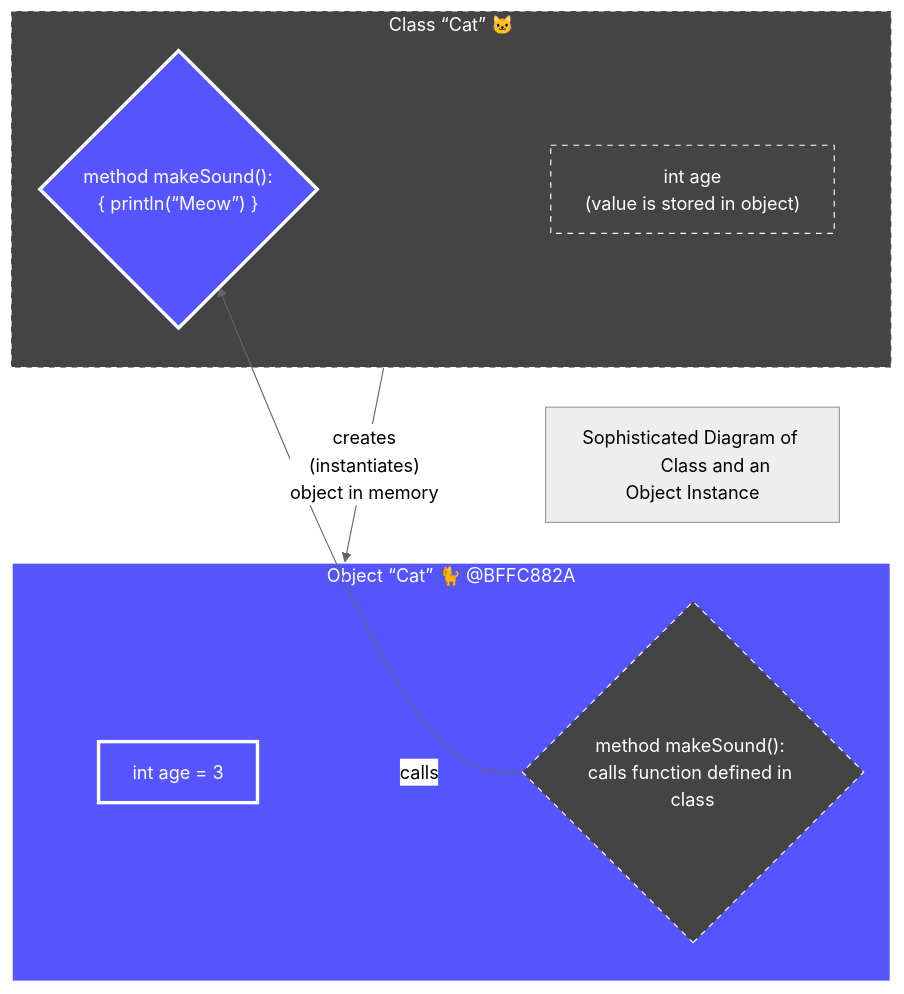
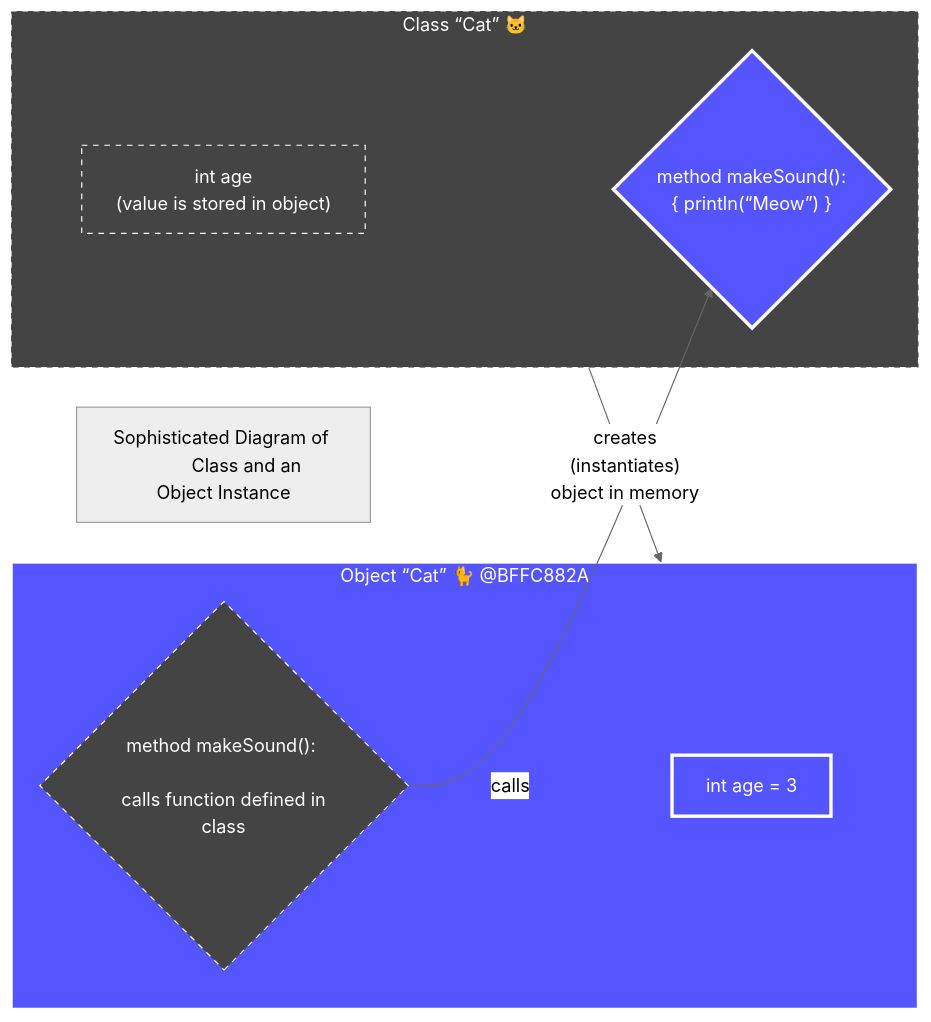
One commit to realityexpander/How_to_program_from_ground_up changed the second of 7 diagrams in 09-ClassOrientedProgramming.md. Above: the diagram before and after it, drawn with Mermaid (neutral theme). The commit also changed other lines of this file and 2 other files, not shown here.

````diff
--- a/09-ClassOrientedProgramming.md
+++ b/09-ClassOrientedProgramming.md
@@ -93,34 +92,34 @@
       ```mermaid
-         flowchart RL
+         flowchart LR
           
          catClass -- "
             creates 
             (instantiates)
             object in memory
       " --> catObject:::Object
          subgraph catObject["Object “Cat” 🐈 @BFFC882A"]
               catObjectAgeInt["`int age = 3`"] 
-              catObjectMakeSoundMethodFunctionPointer{"`method makeSound(): 
-                                                   calls function defined in class`"}
+              catObjectMakeSoundMethodFunctionPointer{"method makeSound(): 
+                                                   calls function defined in class"}
          end
       
          subgraph catClass["Class “Cat” 🐱"]
             catClassAgeInt["int age
                             (value is stored in object)"]
             catClassMakeSoundMethodFunctionPointer{"method makeSound():
                                                  { println(“Meow”) }"}
          end
          catObjectMakeSoundMethodFunctionPointer -- calls --> catClassMakeSoundMethodFunctionPointer:::Object
            
          label["Sophisticated Diagram of 
                 Class and an Object Instance"]   
       
          style catClass fill:#444, stroke:#FFF, stroke-width:1px, color:#FFF, stroke-dasharray: 5 5
          style catClassAgeInt fill:#444, stroke:#FFF, stroke-width:1px, color:#FFF, stroke-dasharray: 5 5
          style catClassMakeSoundMethodFunctionPointer fill:#55F, stroke:#FFF, stroke-width:3px, color:#fff 
          
          classDef Object fill:#55F, stroke:#FFF, stroke-width:3px, color:#fff
          style catObjectAgeInt fill:#55F, stroke:#FFF, stroke-width:3px, color:#fff
          style catObjectMakeSoundMethodFunctionPointer fill:#444, stroke:#FFF, stroke-width:1px, color:#FFF, stroke-dasharray: 5 5 
          
       ```
````
